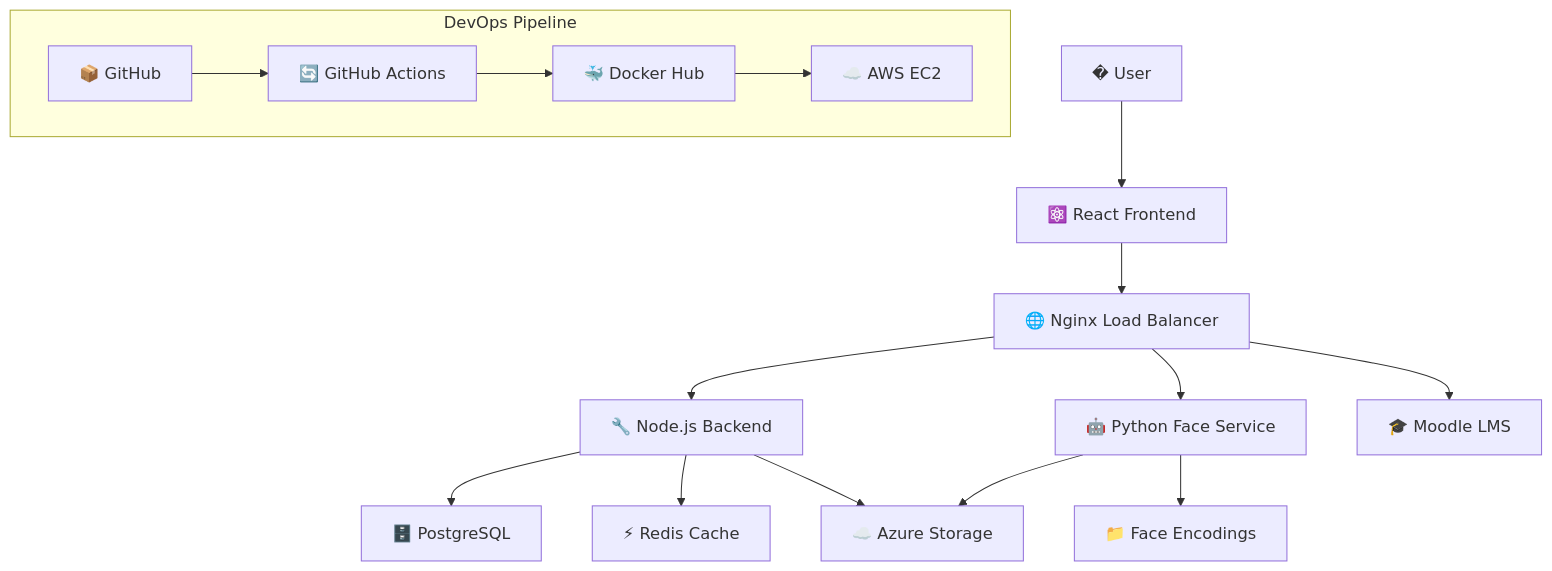
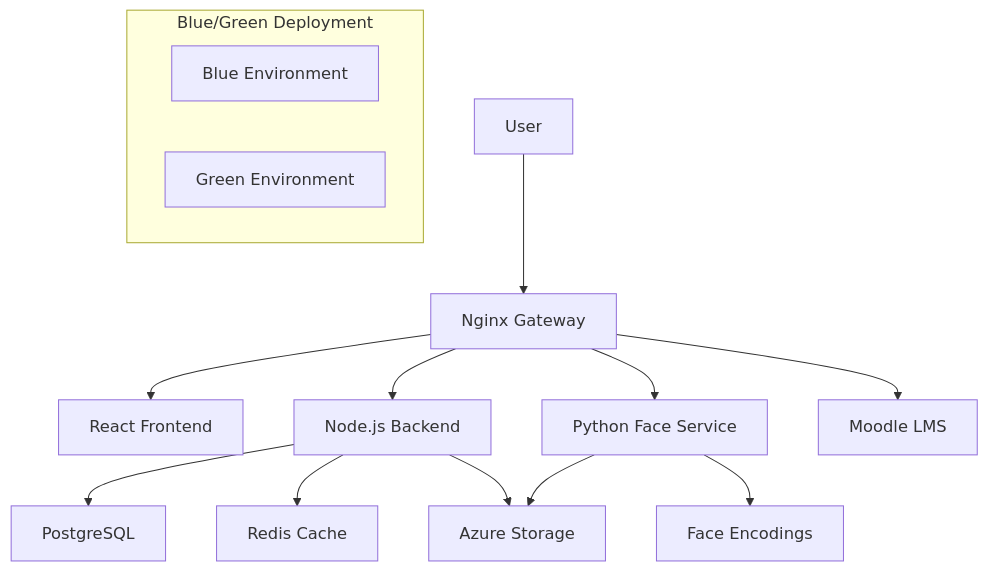
Before and after one commit to bayarmaa01/capstone1.1: the first of 6 diagrams in README.md, drawn with Mermaid. The commit also changed other lines of this file, not shown here.

First line of the commit message:
docs: enhance README.md with comprehensive architecture diagrams and workflows

````diff
--- a/README.md
+++ b/README.md
@@ -69,21 +69,20 @@
 ```mermaid
 graph TD
-    User[� User] --> Frontend[⚛️ React Frontend]
-    Frontend --> Nginx[🌐 Nginx Load Balancer]
-    Nginx --> Backend[🔧 Node.js Backend]
-    Nginx --> FaceService[🤖 Python Face Service]
-    Nginx --> Moodle[🎓 Moodle LMS]
+    User[User] --> Nginx[Nginx Gateway]
+    Nginx --> Frontend[React Frontend]
+    Nginx --> Backend[Node.js Backend]
+    Nginx --> FaceService[Python Face Service]
+    Nginx --> Moodle[Moodle LMS]
     
-    Backend --> PostgreSQL[🗄️ PostgreSQL]
-    Backend --> Redis[⚡ Redis Cache]
-    Backend --> Azure[☁️ Azure Storage]
+    Backend --> PostgreSQL[PostgreSQL]
+    Backend --> Redis[Redis Cache]
+    Backend --> Azure[Azure Storage]
     
     FaceService --> Azure
-    FaceService --> Encodings[📁 Face Encodings]
+    FaceService --> Encodings[Face Encodings]
     
-    subgraph "DevOps Pipeline"
-        GitHub[📦 GitHub] --> Actions[🔄 GitHub Actions]
-        Actions --> Docker[🐳 Docker Hub]
-        Docker --> EC2[☁️ AWS EC2]
+    subgraph "Blue/Green Deployment"
+        Blue[Blue Environment]
+        Green[Green Environment]
     end
 ```
````
